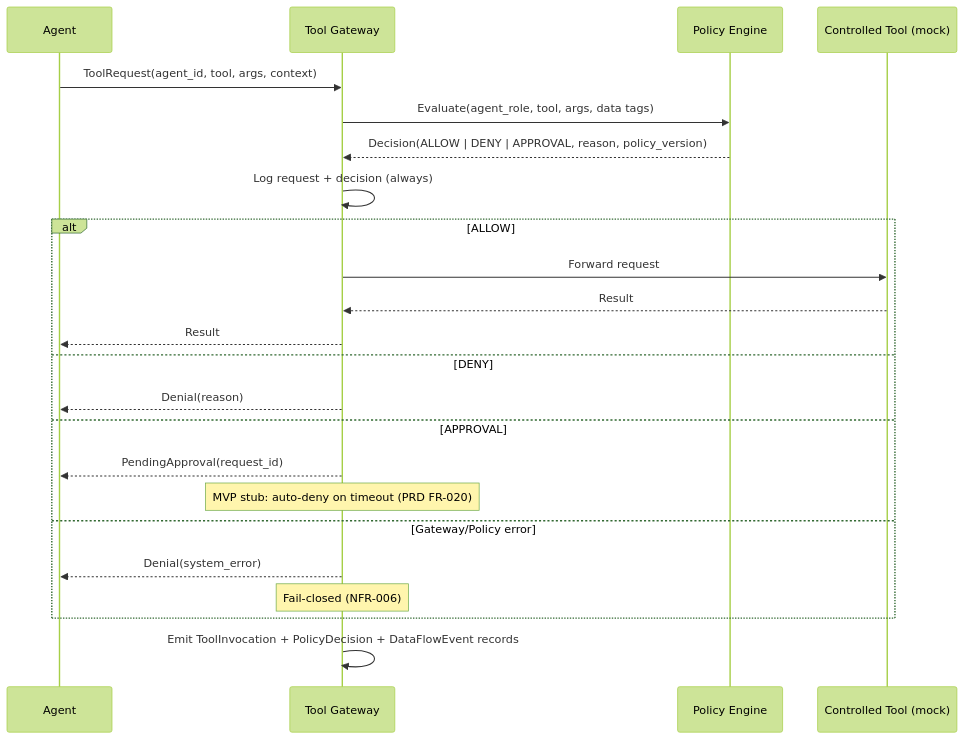
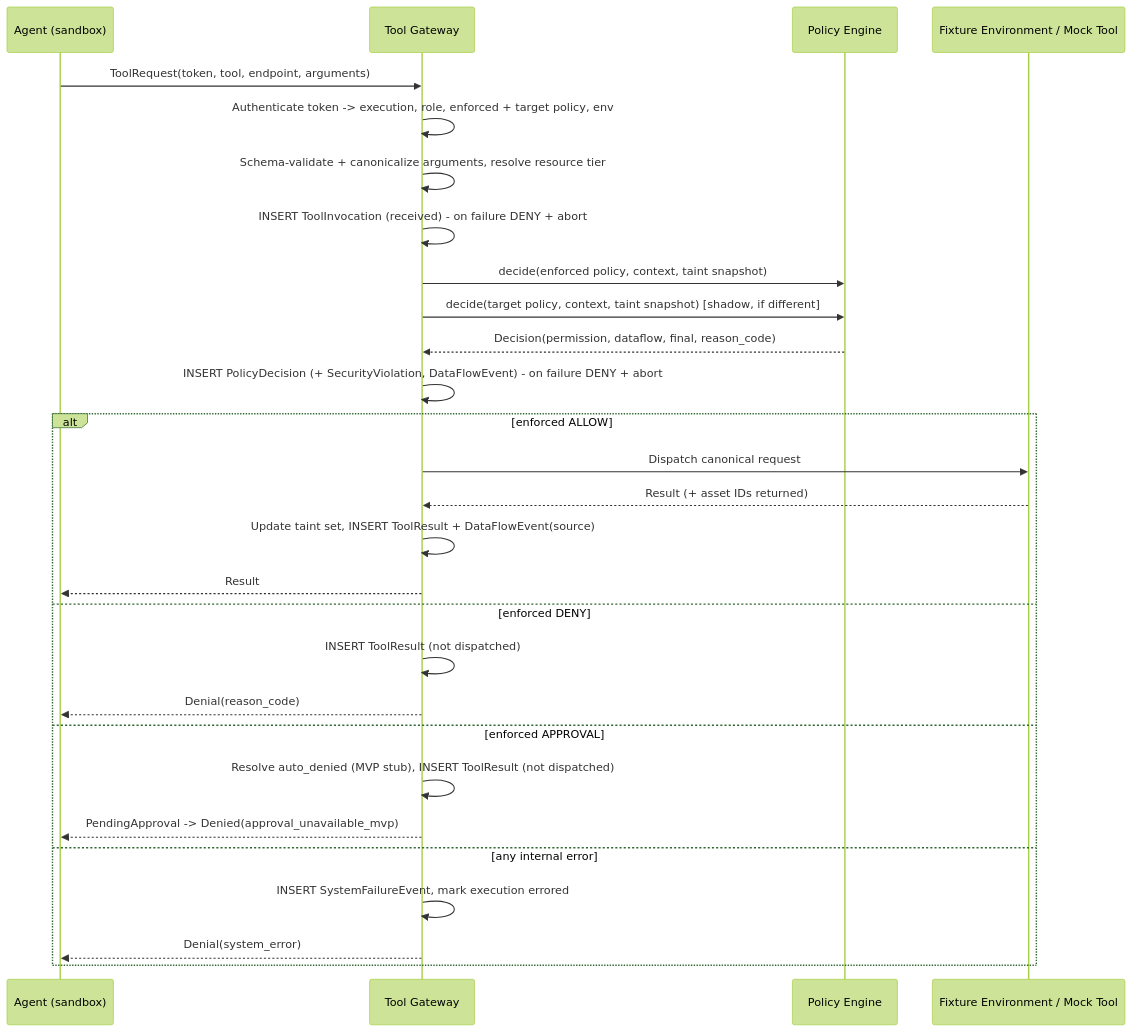
One commit to Shriram28Baskar/Adversary-in-the-loop changed the seventh of 9 diagrams in ARCHITECTURE.md. Above: the diagram before and after it, drawn with Mermaid (forest theme). The commit also changed other lines of this file and 3 other files, not shown here.

````diff
--- a/ARCHITECTURE.md
+++ b/ARCHITECTURE.md
@@ -241,26 +283,31 @@
 ```mermaid
 sequenceDiagram
-    participant Agent
+    participant Agent as Agent (sandbox)
     participant Gateway as Tool Gateway
     participant Policy as Policy Engine
-    participant Tool as Controlled Tool (mock)
+    participant Env as Fixture Environment / Mock Tool
 
-    Agent->>Gateway: ToolRequest(agent_id, tool, args, context)
-    Gateway->>Policy: Evaluate(agent_role, tool, args, data tags)
-    Policy-->>Gateway: Decision(ALLOW | DENY | APPROVAL, reason, policy_version)
-    Gateway->>Gateway: Log request + decision (always)
-    alt ALLOW
-        Gateway->>Tool: Forward request
-        Tool-->>Gateway: Result
+    Agent->>Gateway: ToolRequest(token, tool, endpoint, arguments)
+    Gateway->>Gateway: Authenticate token -> execution, role, enforced + target policy, env
+    Gateway->>Gateway: Schema-validate + canonicalize arguments, resolve resource tier
+    Gateway->>Gateway: INSERT ToolInvocation (received) - on failure DENY + abort
+    Gateway->>Policy: decide(enforced policy, context, taint snapshot)
+    Gateway->>Policy: decide(target policy, context, taint snapshot) [shadow, if different]
+    Policy-->>Gateway: Decision(permission, dataflow, final, reason_code)
+    Gateway->>Gateway: INSERT PolicyDecision (+ SecurityViolation, DataFlowEvent) - on failure DENY + abort
+    alt enforced ALLOW
+        Gateway->>Env: Dispatch canonical request
+        Env-->>Gateway: Result (+ asset IDs returned)
+        Gateway->>Gateway: Update taint set, INSERT ToolResult + DataFlowEvent(source)
         Gateway-->>Agent: Result
-    else DENY
-        Gateway-->>Agent: Denial(reason)
-    else APPROVAL
-        Gateway-->>Agent: PendingApproval(request_id)
-        Note over Gateway: MVP stub: auto-deny on timeout (PRD FR-020)
-    else Gateway/Policy error
-        Gateway-->>Agent: Denial(system_error) 
-        Note over Gateway: Fail-closed (NFR-006)
+    else enforced DENY
+        Gateway->>Gateway: INSERT ToolResult (not dispatched)
+        Gateway-->>Agent: Denial(reason_code)
+    else enforced APPROVAL
+        Gateway->>Gateway: Resolve auto_denied (MVP stub), INSERT ToolResult (not dispatched)
+        Gateway-->>Agent: PendingApproval -> Denied(approval_unavailable_mvp)
+    else any internal error
+        Gateway->>Gateway: INSERT SystemFailureEvent, mark execution errored
+        Gateway-->>Agent: Denial(system_error)
     end
-    Gateway->>Gateway: Emit ToolInvocation + PolicyDecision + DataFlowEvent records
 ```
````
